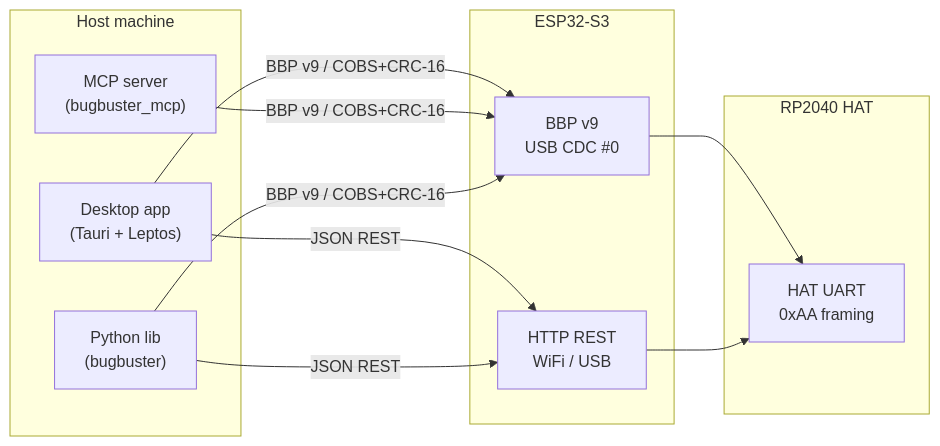
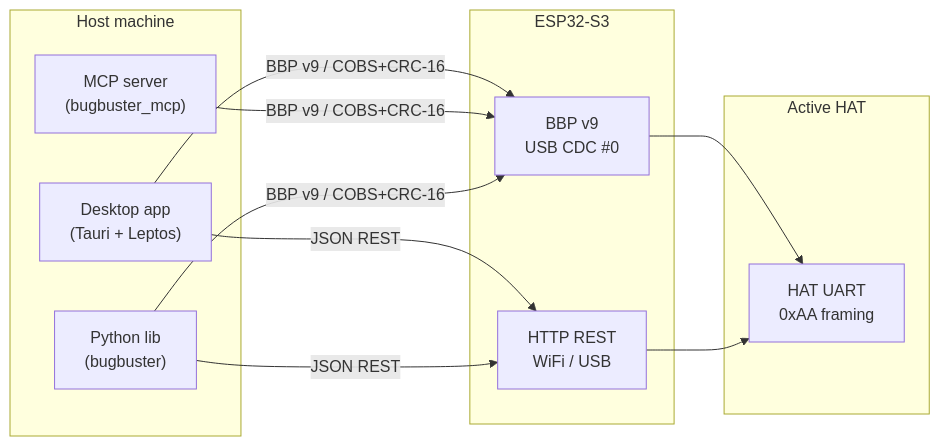
Before and after one commit to lollokara/BugBuster: the second of 2 diagrams in README.md, drawn with Mermaid. The commit also changed other lines of this file and 68 other files, not shown here.

````diff
--- a/README.md
+++ b/README.md
@@ -159,27 +252,27 @@
 ```mermaid
 flowchart LR
   subgraph Host["Host machine"]
     Desktop["Desktop app\n(Tauri + Leptos)"]
     MCP["MCP server\n(bugbuster_mcp)"]
     PyLib["Python lib\n(bugbuster)"]
   end
 
   subgraph ESP["ESP32-S3"]
     BBP["BBP v9\nUSB CDC #0"]
     HTTP["HTTP REST\nWiFi / USB"]
   end
 
-  subgraph HAT["RP2040 HAT"]
+  subgraph HAT["Active HAT"]
     UART["HAT UART\n0xAA framing"]
   end
 
   Desktop -->|"BBP v9 / COBS+CRC-16"| BBP
   MCP     -->|"BBP v9 / COBS+CRC-16"| BBP
   PyLib   -->|"BBP v9 / COBS+CRC-16"| BBP
 
   Desktop -->|"JSON REST"| HTTP
   PyLib   -->|"JSON REST"| HTTP
 
   BBP  --> UART
   HTTP --> UART
 ```
````
